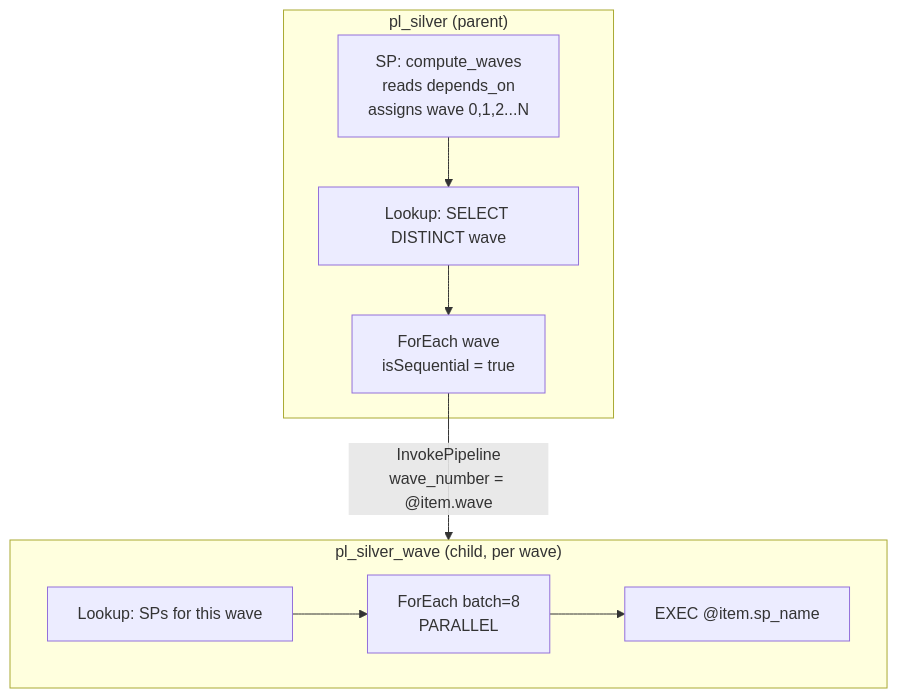
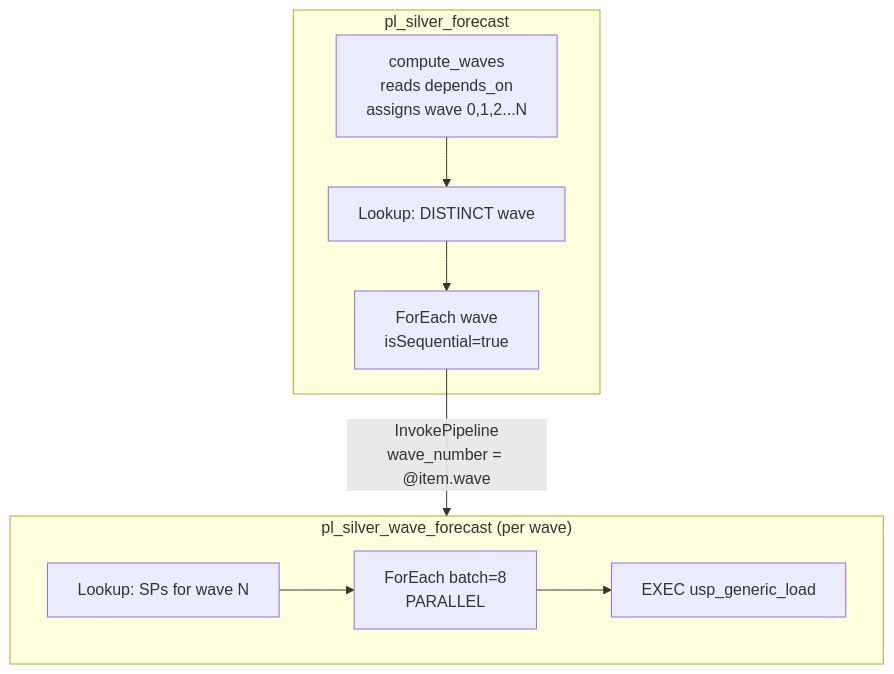
The fourth of 9 diagrams in README.md (ankinguyen-engineer-2002/Fabric-v9-Warehouse-Medallion), drawn with Mermaid before and after one commit. The commit also changed other lines of this file and 9 other files, not shown here.

````diff
--- a/README.md
+++ b/README.md
@@ -127,18 +147,18 @@
 ```mermaid
 flowchart TD
-    subgraph PARENT["pl_silver (parent)"]
-        CW["SP: compute_waves\nreads depends_on\nassigns wave 0,1,2...N"]
-        LK["Lookup: SELECT DISTINCT wave"]
-        FE["ForEach wave\nisSequential = true"]
+    subgraph PARENT["pl_silver_forecast"]
+        CW["compute_waves\nreads depends_on\nassigns wave 0,1,2...N"]
+        LK["Lookup: DISTINCT wave"]
+        FE["ForEach wave\nisSequential=true"]
         CW --> LK --> FE
     end
 
-    subgraph CHILD["pl_silver_wave (child, per wave)"]
-        LK2["Lookup: SPs for this wave"]
+    subgraph CHILD["pl_silver_wave_forecast (per wave)"]
+        LK2["Lookup: SPs for wave N"]
         FE2["ForEach batch=8\nPARALLEL"]
-        SP2["EXEC @item.sp_name"]
+        SP2["EXEC usp_generic_load"]
         LK2 --> FE2 --> SP2
     end
 
     FE -->|"InvokePipeline\nwave_number = @item.wave"| CHILD
 ```
````
